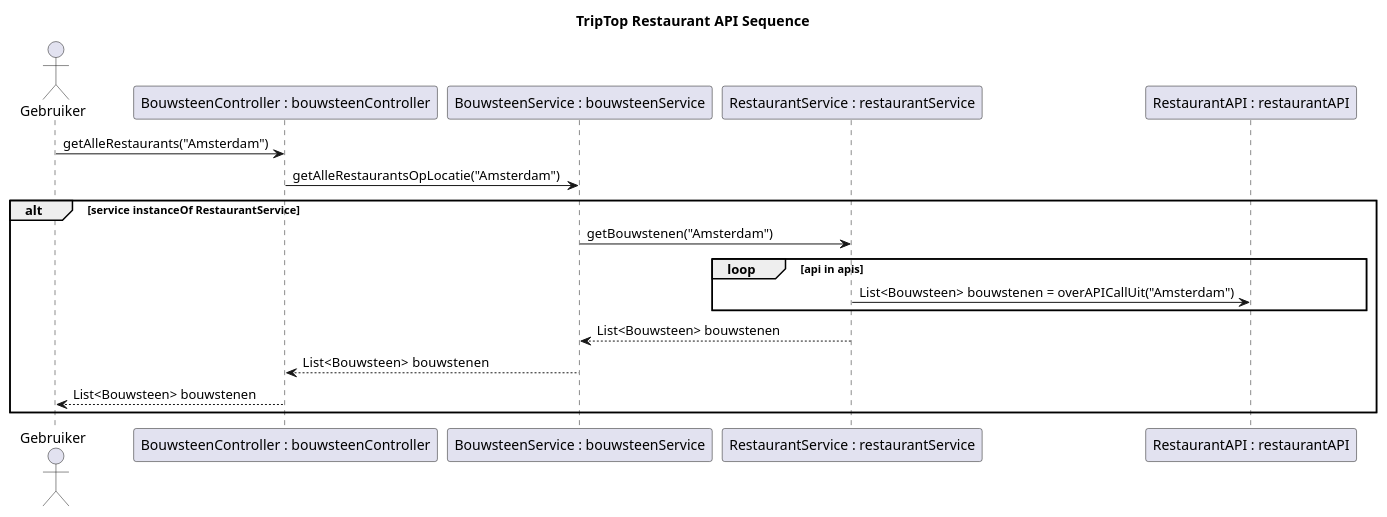
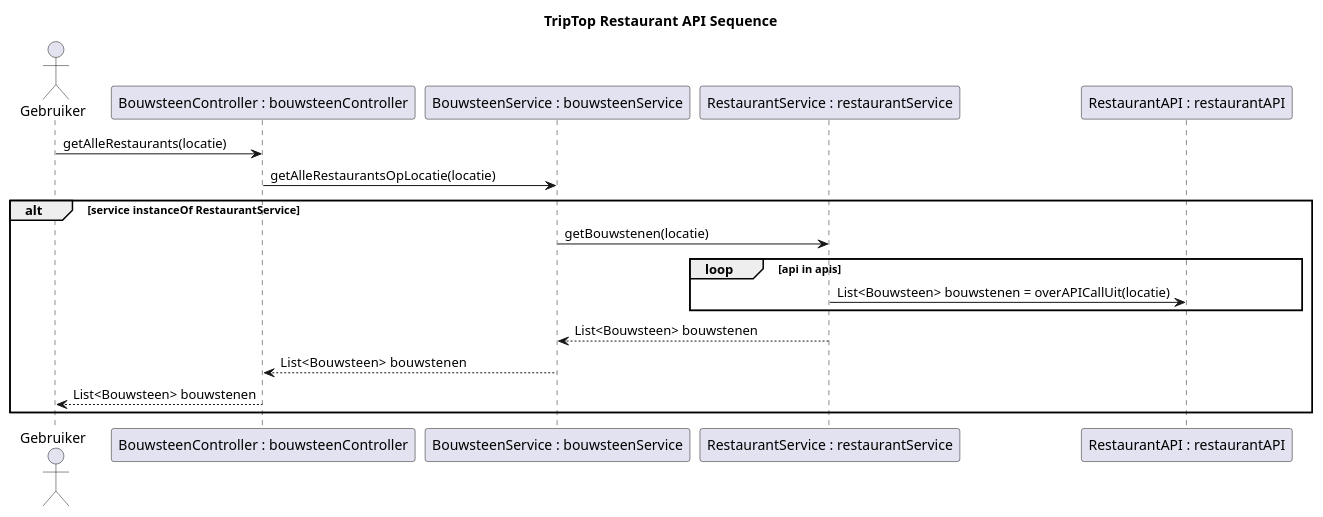
The diagram in individueel/diagram/sequence/Rianne-TripTopSequenceDiagram.puml (AIM-ENE-feb25/triptop-groep-1-met-third-wheel), drawn with PlantUML before and after one commit. The commit also changed 3 other files, not shown here.

Commit message:
Diagrammen in SGB

```diff
--- a/individueel/diagram/sequence/Rianne-TripTopSequenceDiagram.puml
+++ b/individueel/diagram/sequence/Rianne-TripTopSequenceDiagram.puml
@@ -1,21 +1,21 @@
 @startuml
 title TripTop Restaurant API Sequence
 actor Gebruiker
 participant "BouwsteenController : bouwsteenController" as controller
 participant "BouwsteenService : bouwsteenService" as service
 participant "RestaurantService : restaurantService" as restaurantService
 participant "RestaurantAPI : restaurantAPI" as restaurantAPI
-Gebruiker -> controller : getAlleRestaurants("Amsterdam")
-controller -> service : getAlleRestaurantsOpLocatie("Amsterdam")
+Gebruiker -> controller : getAlleRestaurants(locatie)
+controller -> service : getAlleRestaurantsOpLocatie(locatie)
     alt service instanceOf RestaurantService
-                service -> restaurantService : getBouwstenen("Amsterdam")
+                service -> restaurantService : getBouwstenen(locatie)
         loop api in apis
-             restaurantService -> restaurantAPI : List<Bouwsteen> bouwstenen = overAPICallUit("Amsterdam")
+             restaurantService -> restaurantAPI : List<Bouwsteen> bouwstenen = overAPICallUit(locatie)
         end
 
 restaurantService --> service: List<Bouwsteen> bouwstenen
 service --> controller : List<Bouwsteen>  bouwstenen
 controller --> Gebruiker : List<Bouwsteen> bouwstenen
             end
 
 @enduml
```
